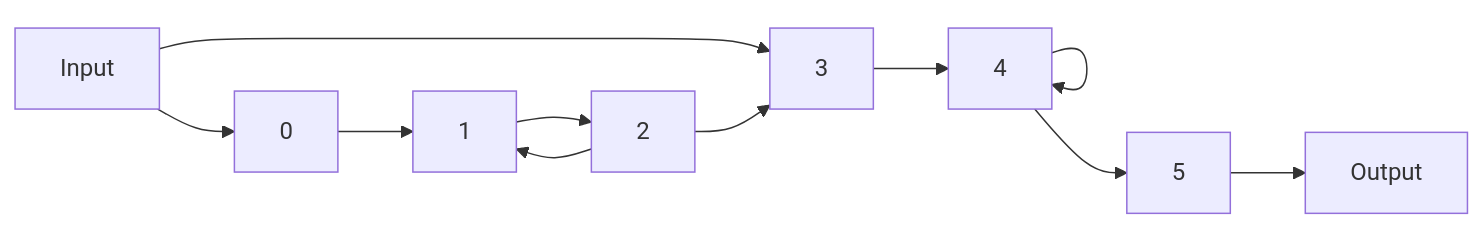
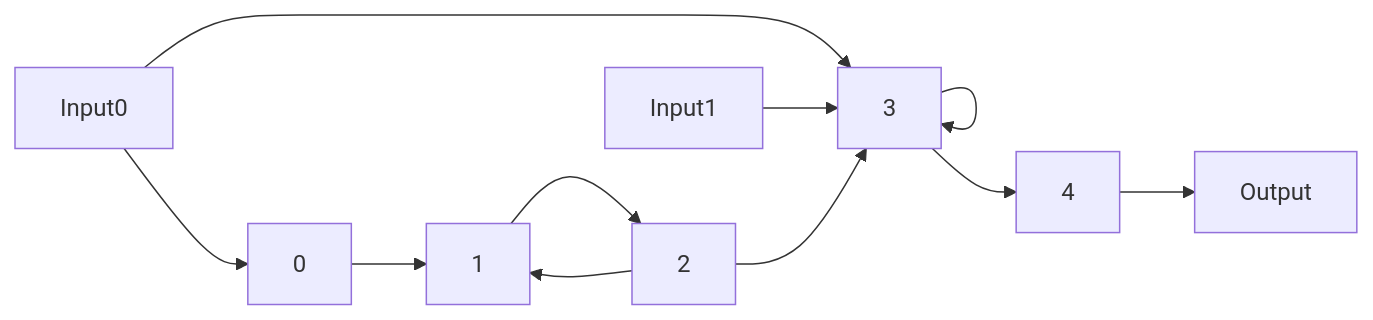
One commit to PGI15/snnax changed the second of 2 diagrams in website/docs/200_architecture/200_intro.md. Above: the diagram before and after it, drawn with Mermaid. The commit also changed other lines of this file and 23 other files, not shown here.

Commit message:
finish architecture

````diff
--- a/website/docs/200_architecture/200_intro.md
+++ b/website/docs/200_architecture/200_intro.md
@@ -121,13 +121,13 @@
 ```mermaid
 graph LR;
-    Input-->0;
-    Input-->3;
+    Input0-->0;
+    Input0-->3;
+    Input1-->3;
     0-->1;
     2-->1;
     1-->2;
     2-->3;
+    3-->3;
     3-->4;
-    4-->4;
-    4-->5;
-    5-->Output;
+    4-->Output;
 ```
````
